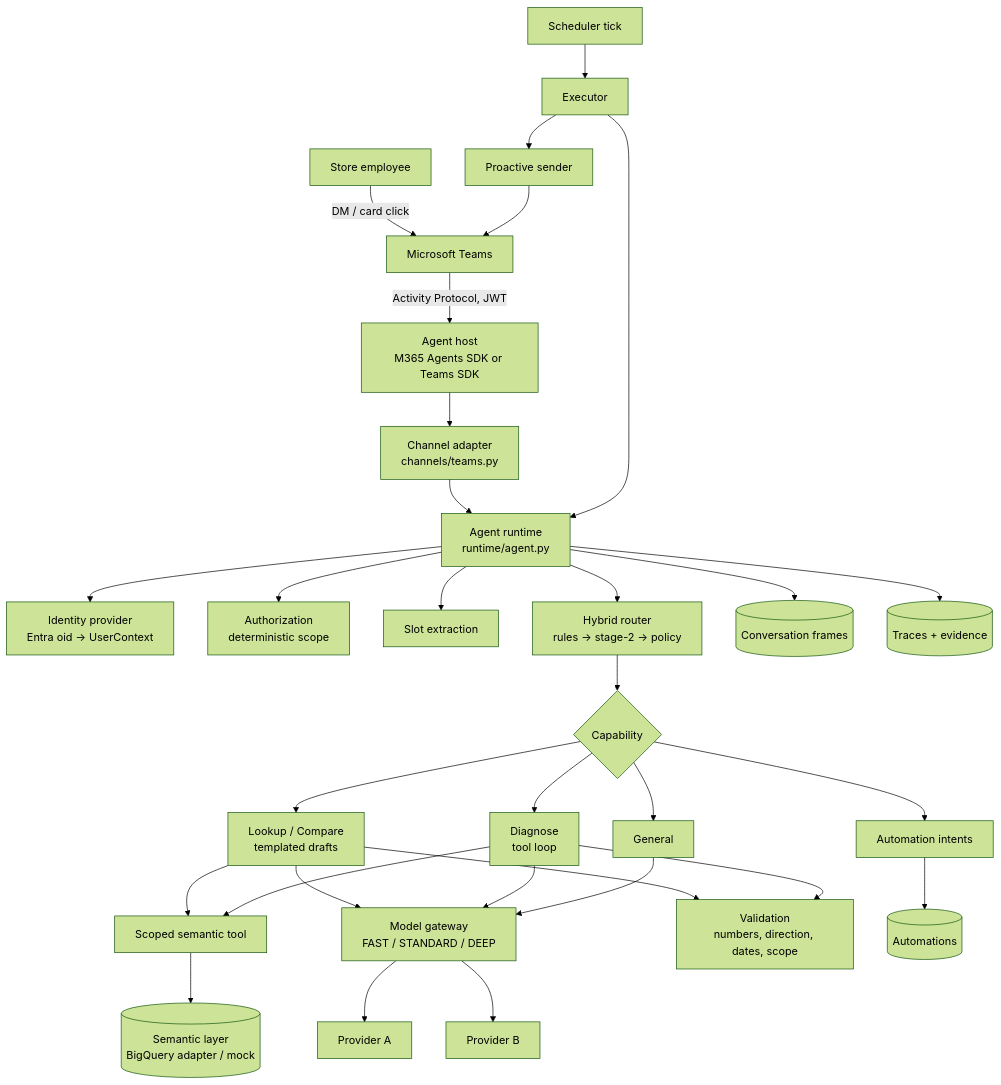
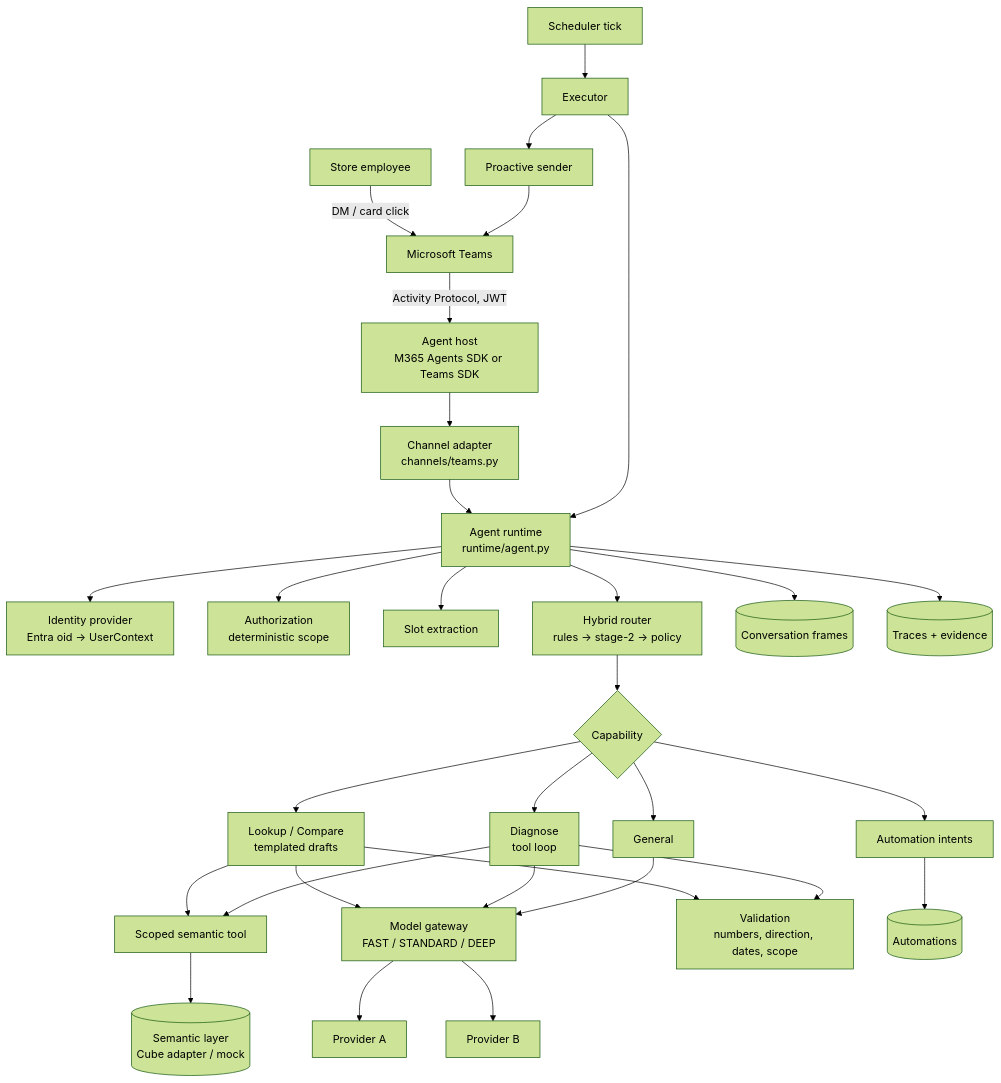
One commit to JC8267/sales_agent changed the first of 3 diagrams in docs/ARCHITECTURE.md. Above: the diagram before and after it, drawn with Mermaid (forest theme). The commit also changed other lines of this file and 8 other files, not shown here.

Commit message:
feat: add opt-in Cube semantic layer connection framework

````diff
--- a/docs/ARCHITECTURE.md
+++ b/docs/ARCHITECTURE.md
@@ -20,26 +20,26 @@
 ```mermaid
 flowchart TD
     E[Store employee] -->|DM / card click| T[Microsoft Teams]
     T -->|Activity Protocol, JWT| H[Agent host<br/>M365 Agents SDK or Teams SDK]
     H --> CA[Channel adapter<br/>channels/teams.py]
     CA --> RT[Agent runtime<br/>runtime/agent.py]
     RT --> ID[Identity provider<br/>Entra oid -> UserContext]
     RT --> AZ[Authorization<br/>deterministic scope]
     RT --> SL[Slot extraction]
     RT --> RO[Hybrid router<br/>rules -> stage-2 -> policy]
     RT --> CX[(Conversation frames)]
     RO --> H1{Capability}
     H1 --> LK[Lookup / Compare<br/>templated drafts]
     H1 --> DG[Diagnose<br/>tool loop]
     H1 --> AU[Automation intents]
     H1 --> GN[General]
     LK & DG --> ST[Scoped semantic tool]
-    ST --> SEM[(Semantic layer<br/>BigQuery adapter / mock)]
+    ST --> SEM[(Semantic layer<br/>Cube adapter / mock)]
     LK & DG & GN --> MG[Model gateway<br/>FAST / STANDARD / DEEP]
     MG --> P1[Provider A] & P2[Provider B]
     LK & DG --> VA[Validation<br/>numbers, direction, dates, scope]
     AU --> AR[(Automations)]
     SC[Scheduler tick] --> EX[Executor] --> RT
     EX --> PS[Proactive sender] --> T
     RT --> OB[(Traces + evidence)]
 ```
````
